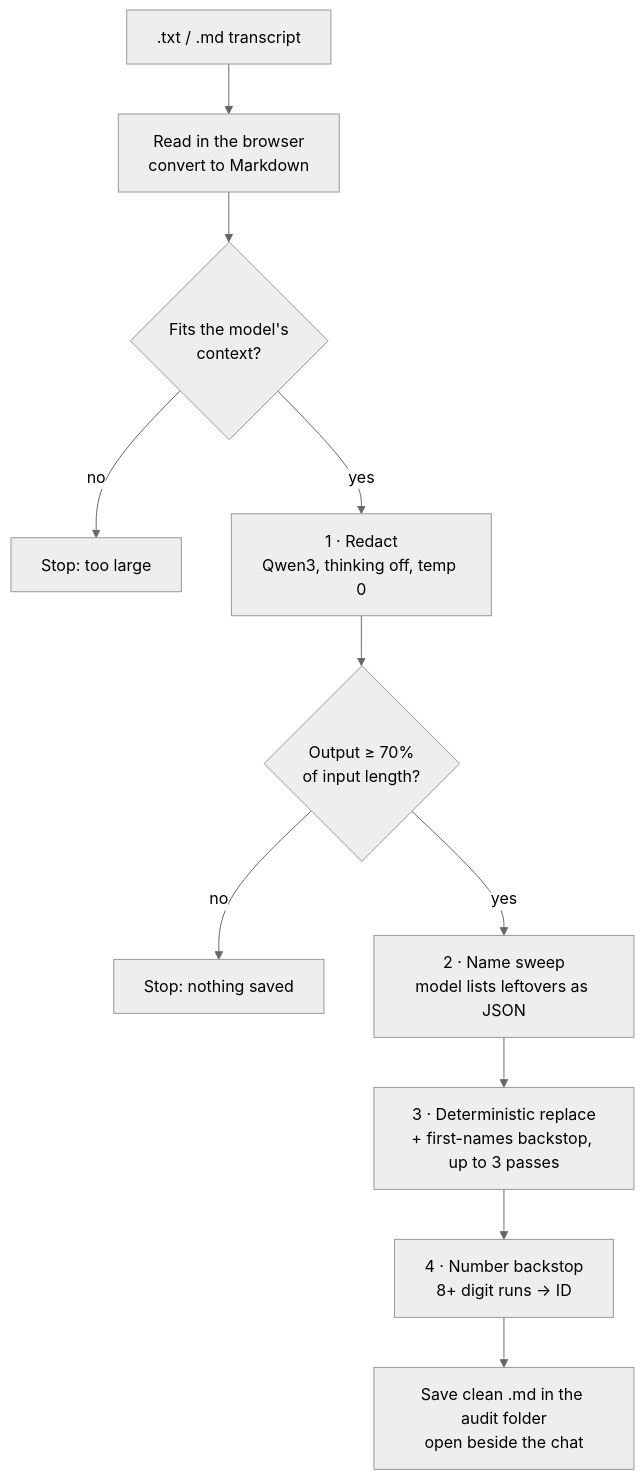
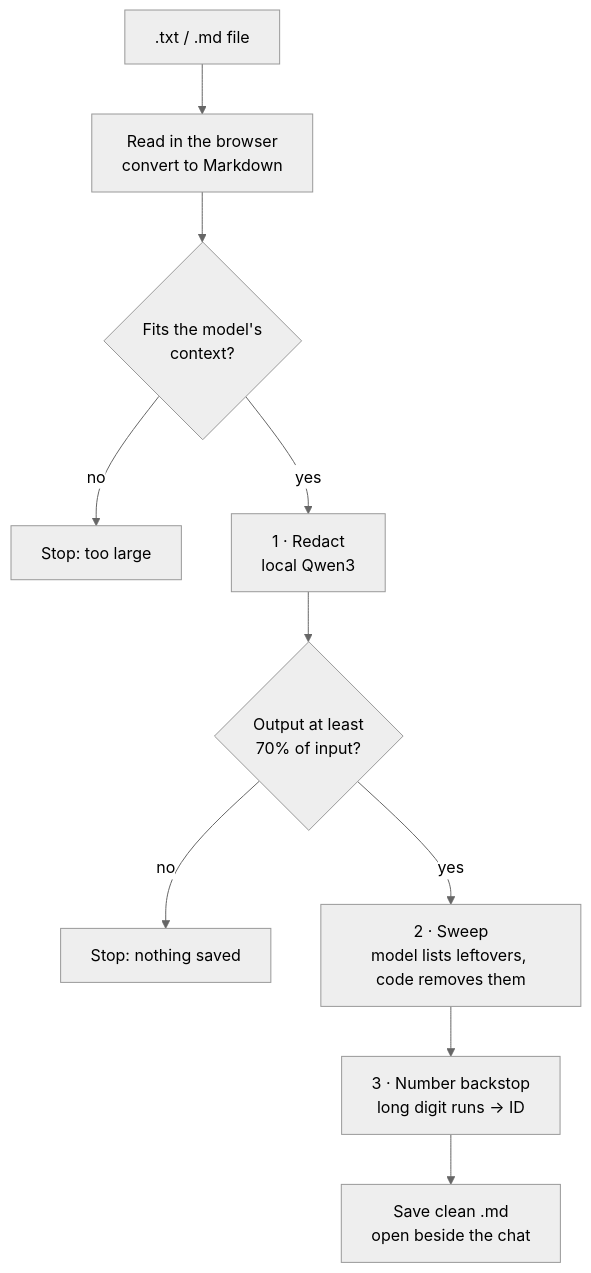
Before and after one commit to AaronKal-ECU/offline-ai-agent: the diagram in client-data-stripper.md, drawn with Mermaid (neutral theme). The commit also changed other lines of this file, not shown here.

````diff
--- a/client-data-stripper.md
+++ b/client-data-stripper.md
@@ -28,13 +35,12 @@
 ```mermaid
 flowchart TD
-    A[.txt / .md transcript] --> B[Read in the browser<br/>convert to Markdown]
+    A[.txt / .md file] --> B[Read in the browser<br/>convert to Markdown]
     B --> C{Fits the model's<br/>context?}
     C -->|no| X[Stop: too large]
-    C -->|yes| D[1 · Redact<br/>Qwen3, thinking off, temp 0]
-    D --> E{Output ≥ 70%<br/>of input length?}
+    C -->|yes| D[1 · Redact<br/>local Qwen3]
+    D --> E{Output at least<br/>70% of input?}
     E -->|no| Y[Stop: nothing saved]
-    E -->|yes| F[2 · Name sweep<br/>model lists leftovers as JSON]
-    F --> G[3 · Deterministic replace<br/>+ first-names backstop, up to 3 passes]
-    G --> H[4 · Number backstop<br/>8+ digit runs → ID]
-    H --> I[Save clean .md in the audit folder<br/>open beside the chat]
+    E -->|yes| F[2 · Sweep<br/>model lists leftovers, code removes them]
+    F --> G[3 · Number backstop<br/>long digit runs → ID]
+    G --> H[Save clean .md<br/>open beside the chat]
 ```
````
